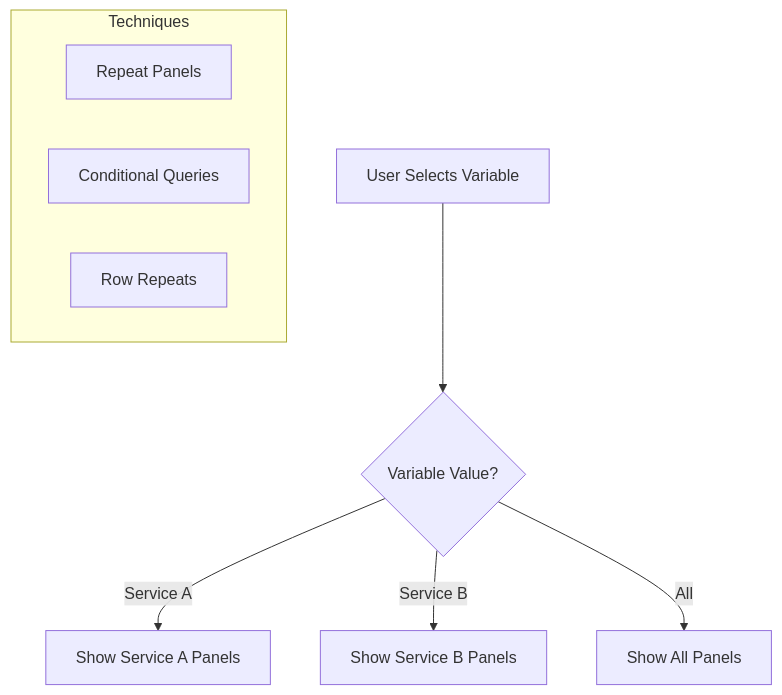
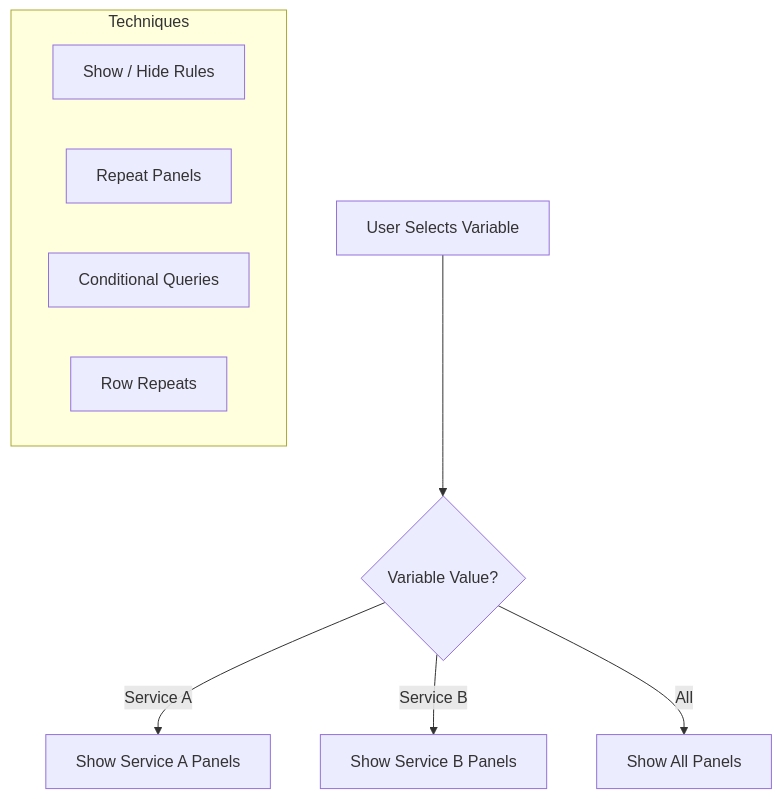
One commit to OneUptime/blog changed the diagram in posts/2025-12-17-hide-grafana-panels-template-variables/README.md. Above: the diagram before and after it, drawn with Mermaid. The commit also changed other lines of this file and 2 other files, not shown here.

Commit message:
validate: 2025-12-17-hide-grafana-panels-template-variables

````diff
--- a/posts/2025-12-17-hide-grafana-panels-template-variables/README.md
+++ b/posts/2025-12-17-hide-grafana-panels-template-variables/README.md
@@ -29,13 +30,14 @@
 ```mermaid
 flowchart TD
     A[User Selects Variable] --> B{Variable Value?}
     B -->|Service A| C[Show Service A Panels]
     B -->|Service B| D[Show Service B Panels]
     B -->|All| E[Show All Panels]
 
     subgraph Techniques
-        F[Repeat Panels]
-        G[Conditional Queries]
-        H[Row Repeats]
+        F[Show / Hide Rules]
+        G[Repeat Panels]
+        H[Conditional Queries]
+        I[Row Repeats]
     end
 ```
````
